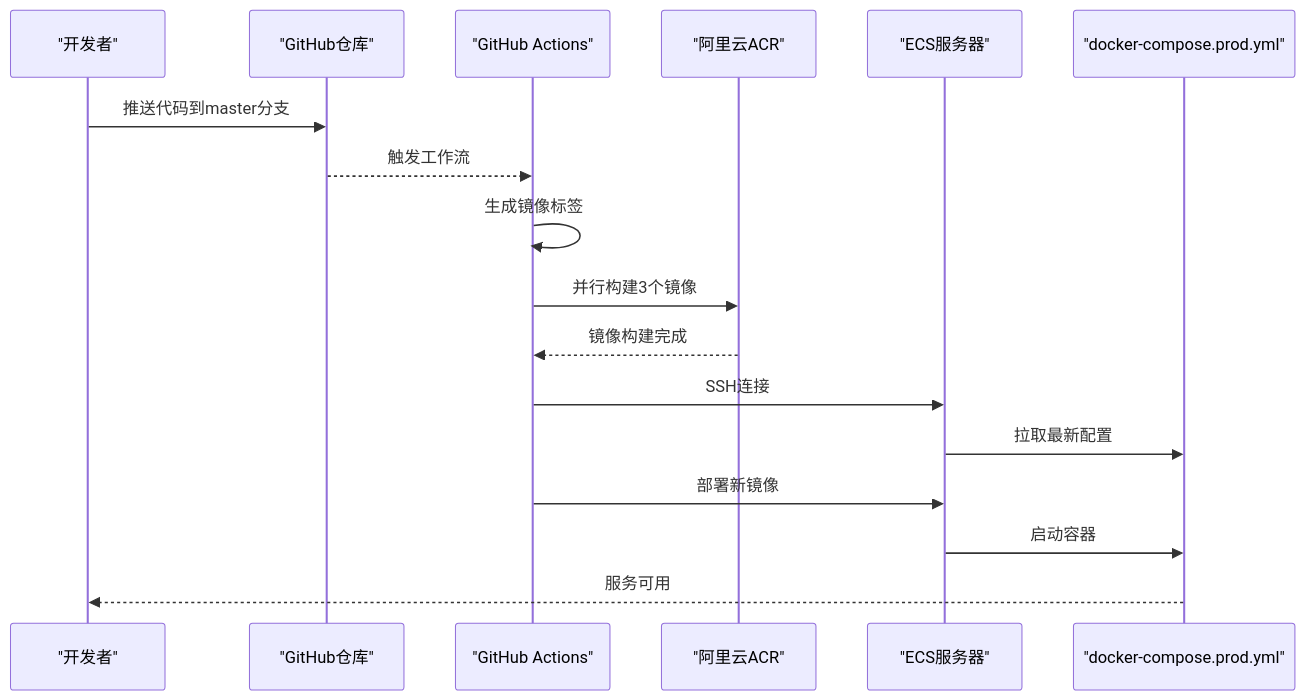
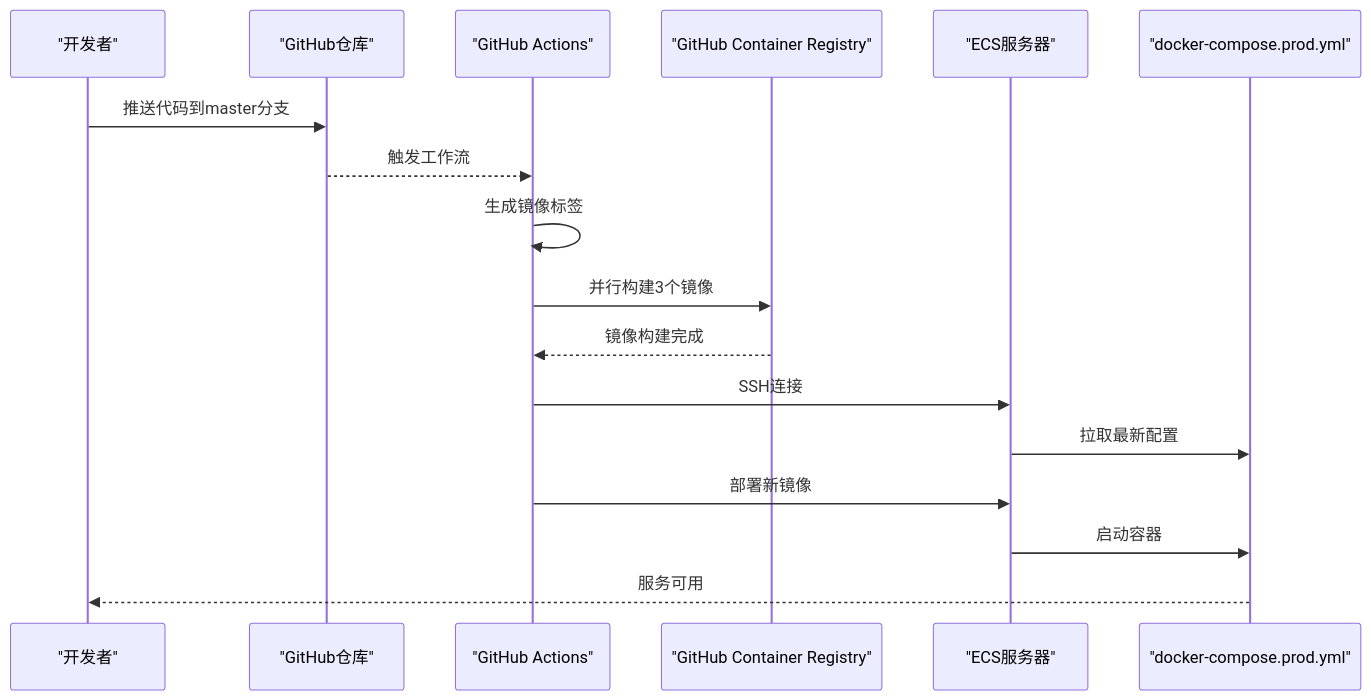
One commit to TinyMaD/SpeedRunnersLab changed the second of 3 diagrams in .qoder/repowiki/zh/content/前端应用/构建部署/部署流水线.md. Above: the diagram before and after it, drawn with Mermaid. The commit also changed other lines of this file and 13 other files, not shown here.

Commit message:
feat(deploy): 新增部署迁移脚本与图表交互优化

````diff
--- a/.qoder/repowiki/zh/content/前端应用/构建部署/部署流水线.md
+++ b/.qoder/repowiki/zh/content/前端应用/构建部署/部署流水线.md
@@ -111,19 +113,19 @@
 ```mermaid
 sequenceDiagram
 participant Dev as "开发者"
 participant GH as "GitHub仓库"
 participant GHA as "GitHub Actions"
-participant ACR as "阿里云ACR"
+participant GHCR as "GitHub Container Registry"
 participant ECS as "ECS服务器"
 participant DC as "docker-compose.prod.yml"
 Dev->>GH : 推送代码到master分支
 GH-->>GHA : 触发工作流
 GHA->>GHA : 生成镜像标签
-GHA->>ACR : 并行构建3个镜像
-ACR-->>GHA : 镜像构建完成
+GHA->>GHCR : 并行构建3个镜像
+GHCR-->>GHA : 镜像构建完成
 GHA->>ECS : SSH连接
 ECS->>DC : 拉取最新配置
 GHA->>ECS : 部署新镜像
 ECS->>DC : 启动容器
 DC-->>Dev : 服务可用
 ```
````
